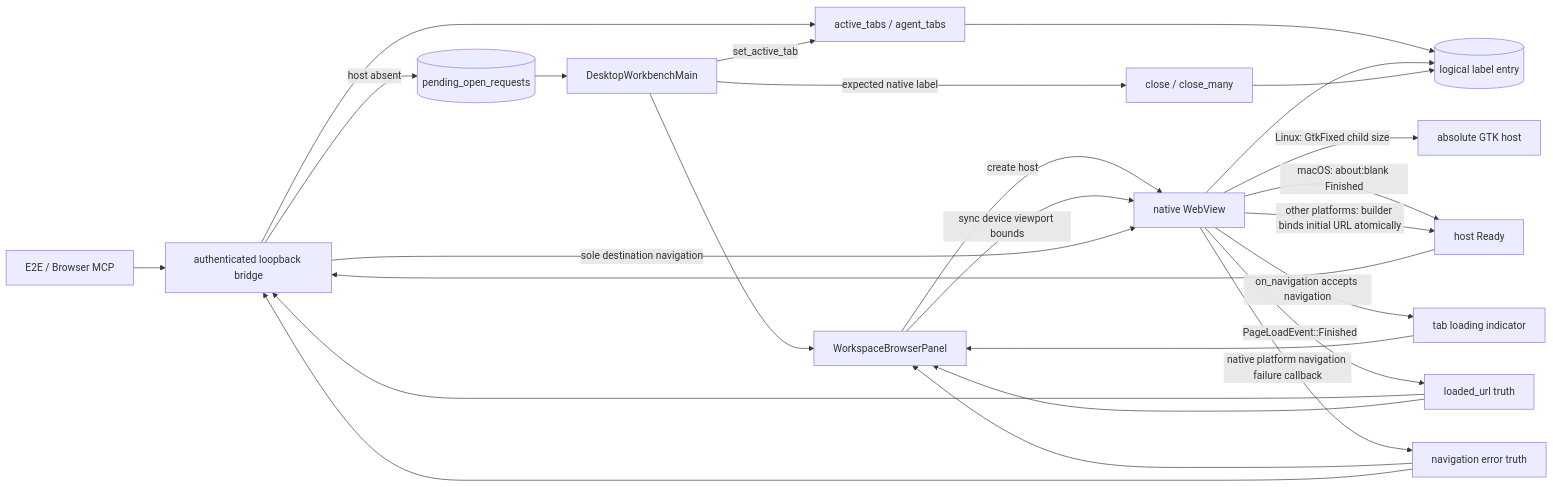
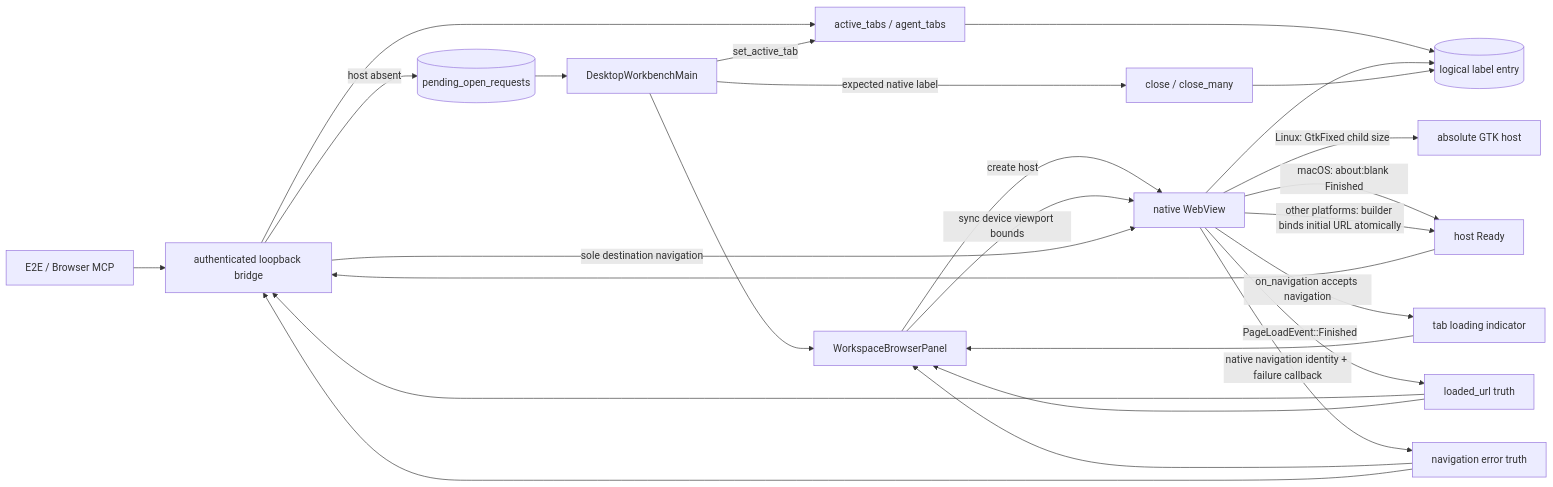
Before and after one commit to wecode-ai/Wegent: the first of 2 diagrams in docs/en/architecture/embedded-browser.md, drawn with Mermaid. The commit also changed other lines of this file and 10 other files, not shown here.

````diff
--- a/docs/en/architecture/embedded-browser.md
+++ b/docs/en/architecture/embedded-browser.md
@@ -9,28 +9,28 @@
 ```mermaid
 flowchart LR
     CALLER[E2E / Browser MCP] --> BRIDGE[authenticated loopback bridge]
     BRIDGE --> ROUTE[active_tabs / agent_tabs]
     ROUTE --> ENTRY[(logical label entry)]
     BRIDGE -->|host absent| PENDING[(pending_open_requests)]
     PENDING --> MAIN[DesktopWorkbenchMain]
     MAIN --> PANEL[WorkspaceBrowserPanel]
     PANEL -->|create host| WEBVIEW[native WebView]
     PANEL -->|sync device viewport bounds| WEBVIEW
     WEBVIEW -->|Linux: GtkFixed child size| LINUX_HOST[absolute GTK host]
     WEBVIEW --> ENTRY
     WEBVIEW -->|macOS: about:blank Finished| READY[host Ready]
     WEBVIEW -->|other platforms: builder binds initial URL atomically| READY
     READY --> BRIDGE
     BRIDGE -->|sole destination navigation| WEBVIEW
     WEBVIEW -->|on_navigation accepts navigation| LOADING[tab loading indicator]
     LOADING --> PANEL
     WEBVIEW -->|PageLoadEvent::Finished| LOADED[loaded_url truth]
-    WEBVIEW -->|native platform navigation failure callback| FAILED[navigation error truth]
+    WEBVIEW -->|native navigation identity + failure callback| FAILED[navigation error truth]
     LOADED --> BRIDGE
     LOADED --> PANEL
     FAILED --> PANEL
     FAILED --> BRIDGE
     MAIN -->|set_active_tab| ROUTE
     MAIN -->|expected native label| CLOSE[close / close_many]
     CLOSE --> ENTRY
 ```
````
